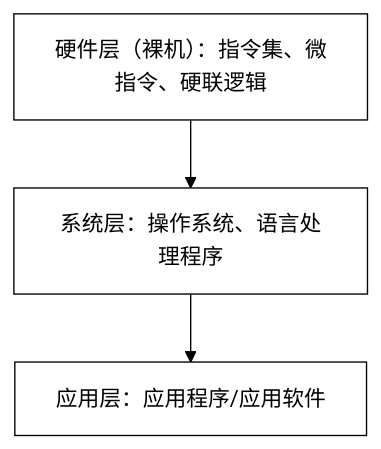
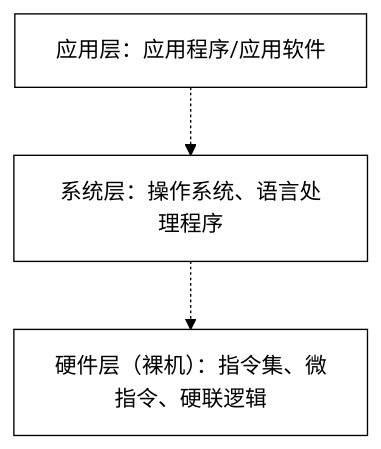
One commit to workingmin/system-analyst changed the first of 5 diagrams in points/第03章—计算机系统.md. Above: the diagram before and after it, drawn with Mermaid. The commit also changed other lines of this file and 1 other file, not shown here.

````diff
--- a/points/第03章—计算机系统.md
+++ b/points/第03章—计算机系统.md
@@ -57,20 +57,20 @@
 ```mermaid
 %%{
   init: {
     "theme":"base",
     "themeVariables": {
       "primaryColor":"#ffffff",
       "primaryTextColor":"#000000",
       "primaryBorderColor":"#000000",
       "lineColor":"#000000",
       "secondaryColor":"#ffffff",
       "tertiaryColor":"#ffffff"
     }
   }
 }%%
 graph TD
     APP[应用层：应用程序/应用软件]
     SYS[系统层：操作系统、语言处理程序]
     HW[硬件层（裸机）：指令集、微指令、硬联逻辑]
-    HW --> SYS --> APP
+    APP -.-> SYS -.-> HW
 ```
````
